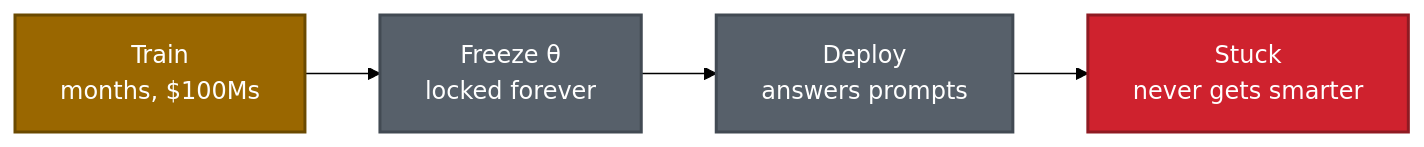
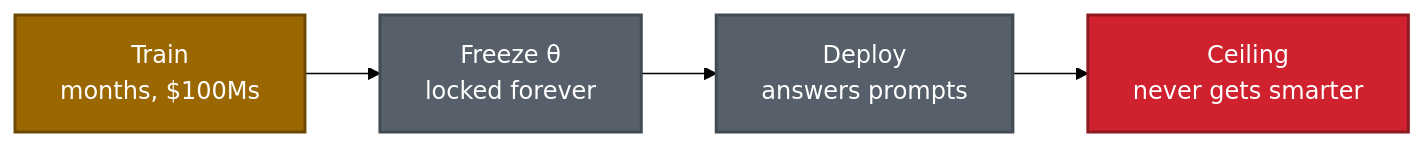
One commit to anilkumara9/SCBI changed the first of 4 diagrams in README.md. Above: the diagram before and after it, drawn with Mermaid (forest theme). The commit also changed other lines of this file, not shown here.

````diff
--- a/README.md
+++ b/README.md
@@ -17,12 +15,12 @@
 ```mermaid
 flowchart LR
     A["Train<br/>months, $100Ms"] --> B["Freeze θ<br/>locked forever"]
     B --> C["Deploy<br/>answers prompts"]
-    C --> D["Stuck<br/>never gets smarter"]
+    C --> D["Ceiling<br/>never gets smarter"]
     classDef train fill:#9a6700,stroke:#6b4a00,color:#fff,stroke-width:2px
     classDef frozen fill:#57606a,stroke:#424a53,color:#fff,stroke-width:2px
     classDef stuck fill:#cf222e,stroke:#8f1a22,color:#fff,stroke-width:2px
     class A train
     class B,C frozen
     class D stuck
 ```
````
